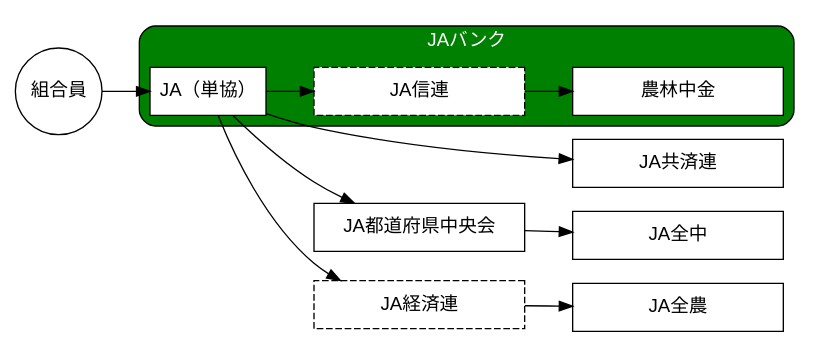
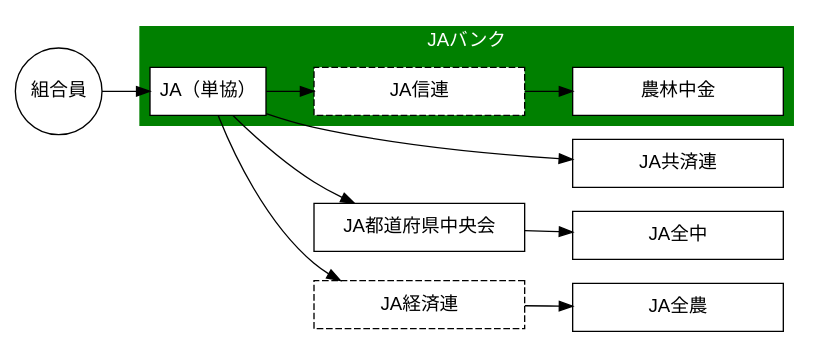
Before and after one commit to takeshinishimura/Cooperative: the diagram in data/Systematic_organization_of_jabank.gv, drawn with Graphviz. The commit also changed 7 other files, not shown here.

```diff
--- a/data/Systematic_organization_of_jabank.gv
+++ b/data/Systematic_organization_of_jabank.gv
@@ -1,34 +1,34 @@
 digraph ja_bank {
   graph [rankdir = LR]
 
   node [fontname = Helvetica,
     shape = box,
     fixedsize = false,
     style = filled,
     fillcolor = white]
   組合員 [shape = circle, width = 0.9]
   JA（単協）
   node [width = 2.2]
   JA共済連; JA都道府県中央会; JA全農; 農林中金; JA全中
   node [width = 2.2,
     shape = box,
     style = "dashed,filled"]
   JA経済連; JA信連
 
   edge []
   組合員 -> JA（単協）
   JA（単協） -> JA経済連 -> JA全農
   JA（単協） -> JA共済連
   JA（単協） -> JA信連 -> 農林中金
   JA（単協） -> JA都道府県中央会 -> JA全中
 
   {rank = sink; JA全農; JA共済連; JA全中}
   subgraph cluster2 {
     label = "JAバンク"
     fontname = Helvetica
     fontcolor = white
     bgcolor = "#008000"
-    style = rounded
+    color = none
     JA（単協）; JA信連; 農林中金
   }
 }
```
